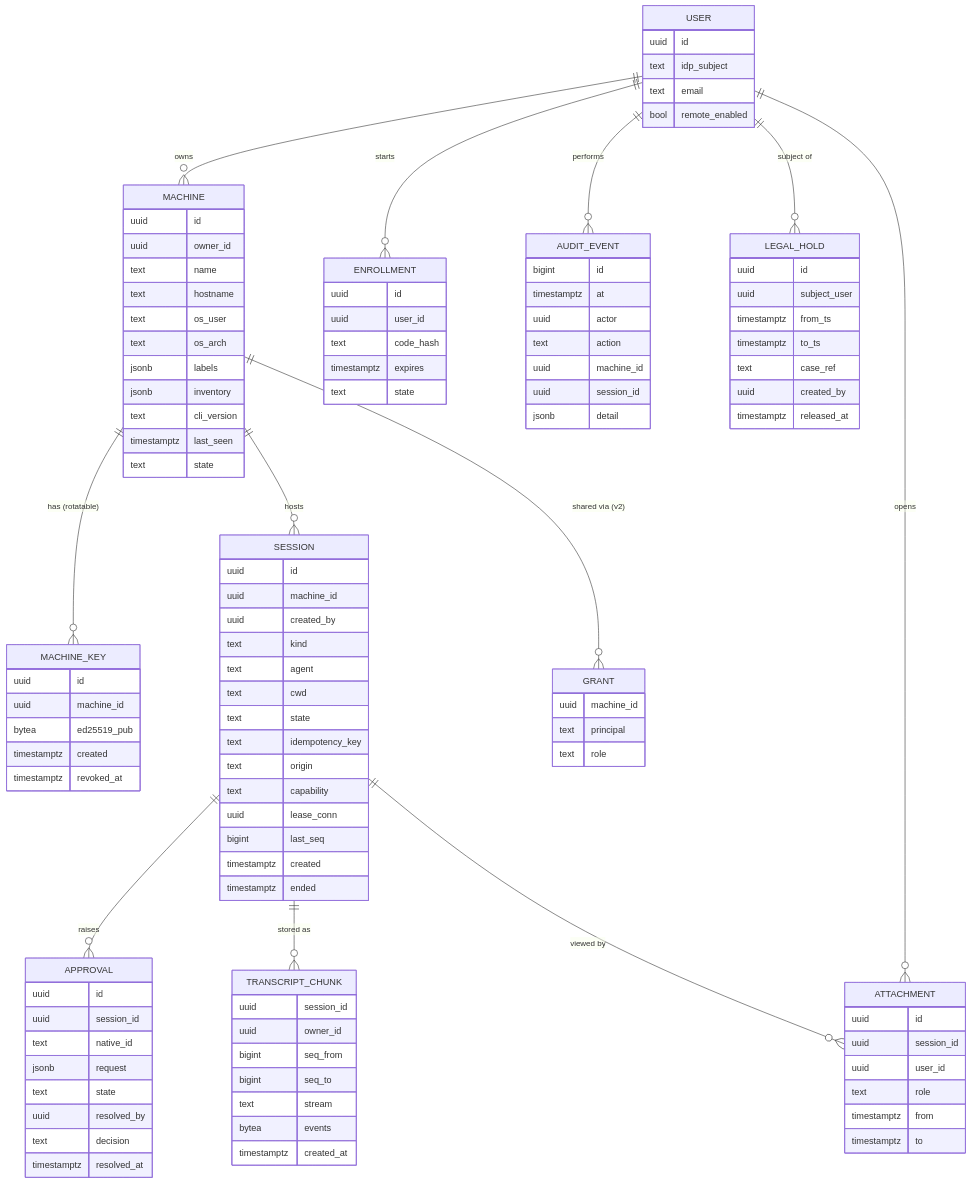
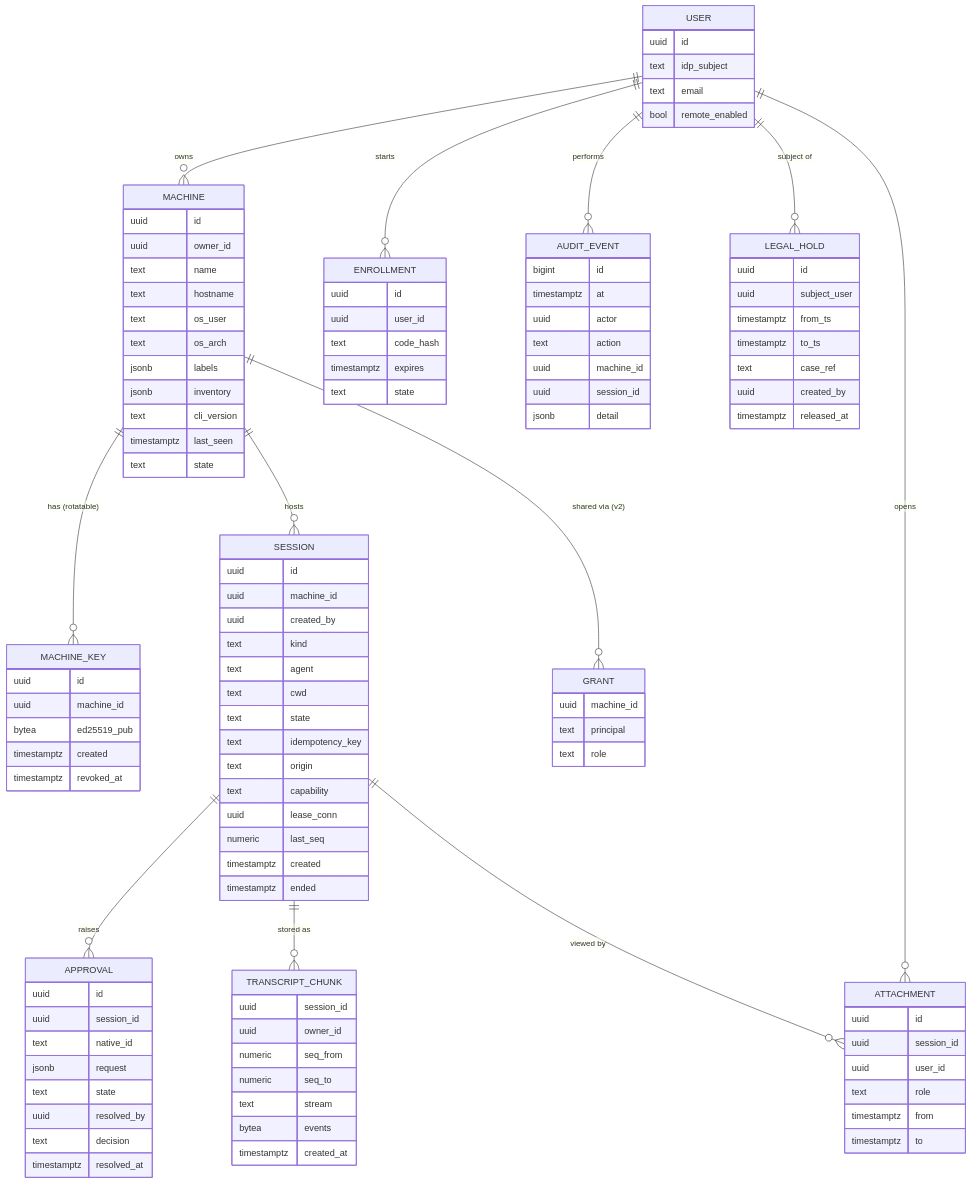
The eighth of 16 diagrams in architecture.md (aditya140/remote-session), drawn with Mermaid before and after one commit. The commit also changed other lines of this file and 564 other files, not shown here.

```diff
--- a/architecture.md
+++ b/architecture.md
@@ -562,7 +566,7 @@
         text origin
         text capability
         uuid lease_conn
-        bigint last_seq
+        numeric last_seq
         timestamptz created
         timestamptz ended
     }
@@ -584,8 +588,8 @@
     TRANSCRIPT_CHUNK {
         uuid session_id
         uuid owner_id
-        bigint seq_from
-        bigint seq_to
+        numeric seq_from
+        numeric seq_to
         text stream
         bytea events
         timestamptz created_at
```
